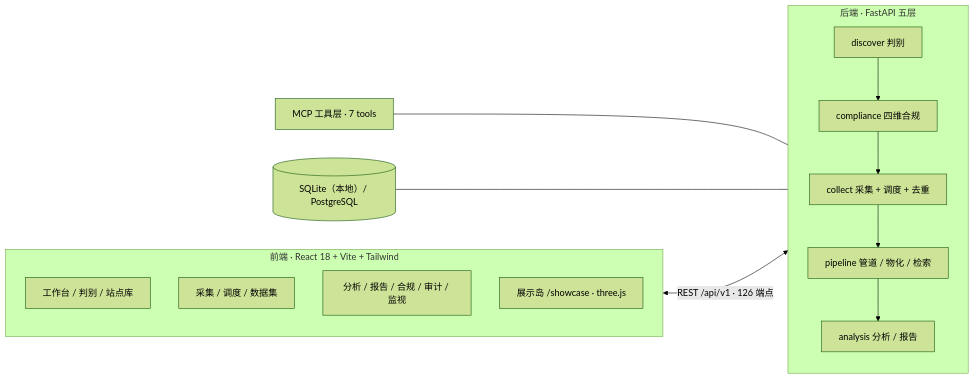
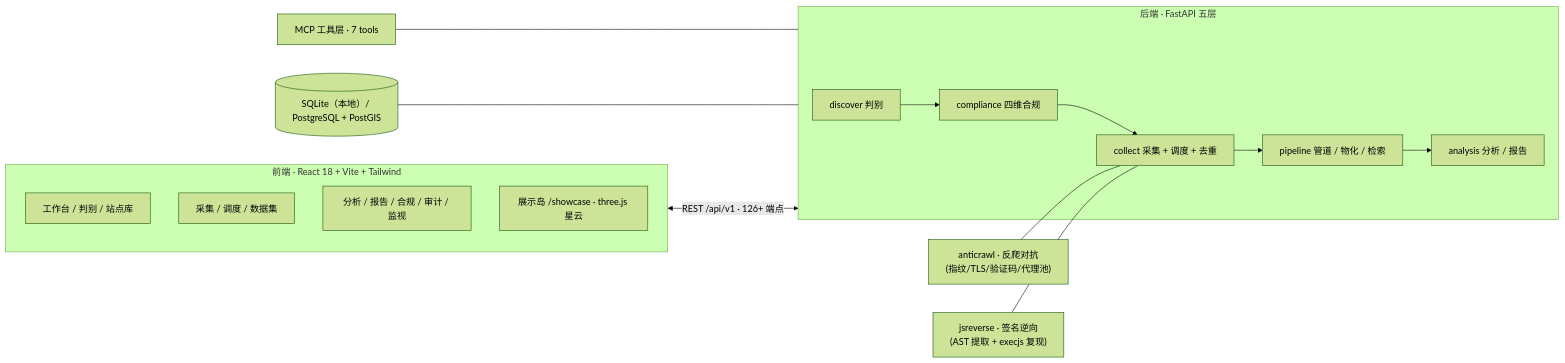
Before and after one commit to Tyranitar-design/Intelligent-Data-analysis-platform: the diagram in README.md, drawn with Mermaid (forest theme). The commit also changed other lines of this file and 5 other files, not shown here.

Commit message:
docs: 工程化 README 重写（架构图/功能全景/门禁矩阵）+ 设计资产入库 + 本地产物 ignore 补强

````diff
--- a/README.md
+++ b/README.md
@@ -24,18 +28,20 @@
 ```mermaid
 flowchart LR
     subgraph FE["前端 · React 18 + Vite + Tailwind"]
         P1["工作台 / 判别 / 站点库"]
         P2["采集 / 调度 / 数据集"]
         P3["分析 / 报告 / 合规 / 审计 / 监视"]
-        P4["展示岛 /showcase · three.js"]
+        P4["展示岛 /showcase · three.js 星云"]
     end
     subgraph BE["后端 · FastAPI 五层"]
         D["discover 判别"] --> C["compliance 四维合规"]
         C --> K["collect 采集 + 调度 + 去重"]
         K --> PL["pipeline 管道 / 物化 / 检索"]
         PL --> A["analysis 分析 / 报告"]
     end
     MCP["MCP 工具层 · 7 tools"] --- BE
-    DB[("SQLite（本地）/ PostgreSQL")] --- BE
-    FE <-->|"REST /api/v1 · 126 端点"| BE
+    ANTI["anticrawl · 反爬对抗\n(指纹/TLS/验证码/代理池)"] --- K
+    JSREV["jsreverse · 签名逆向\n(AST 提取 + execjs 复现)"] --- K
+    DB[("SQLite（本地）/ PostgreSQL + PostGIS")] --- BE
+    FE <-->|"REST /api/v1 · 126+ 端点"| BE
 ```
````
